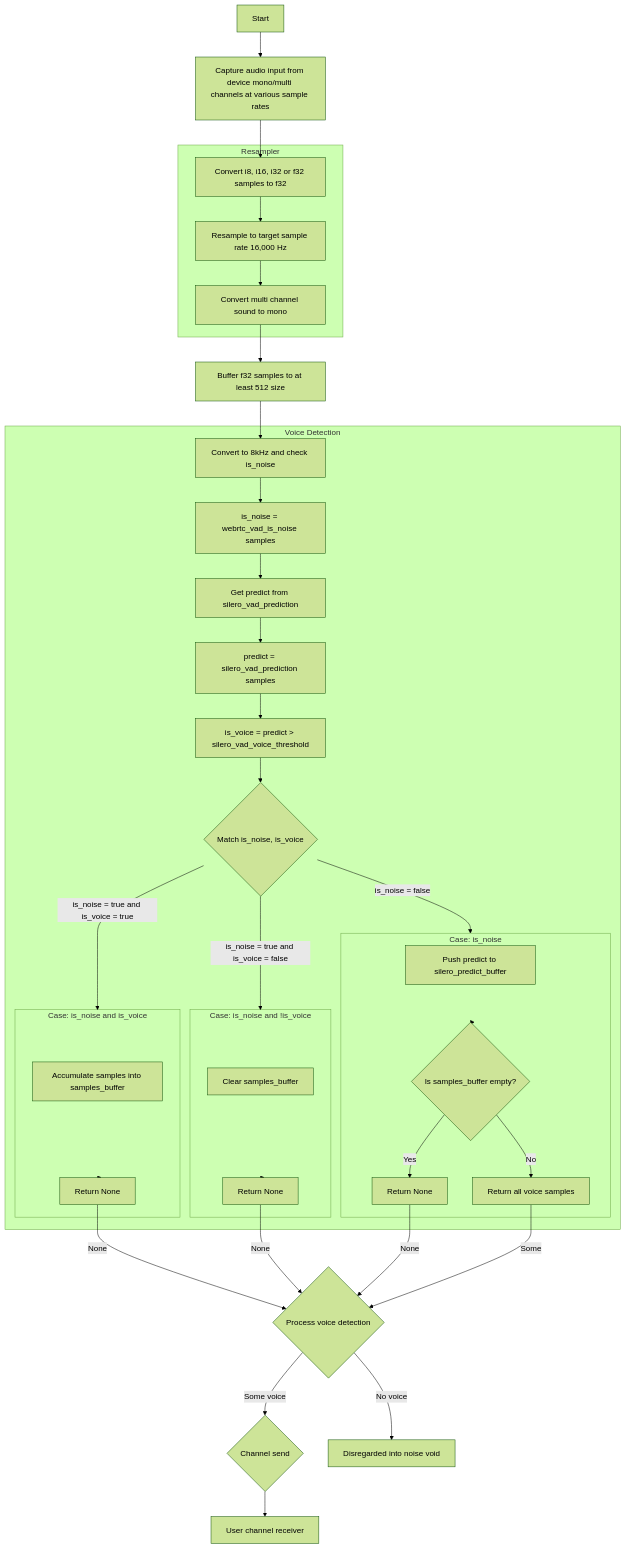
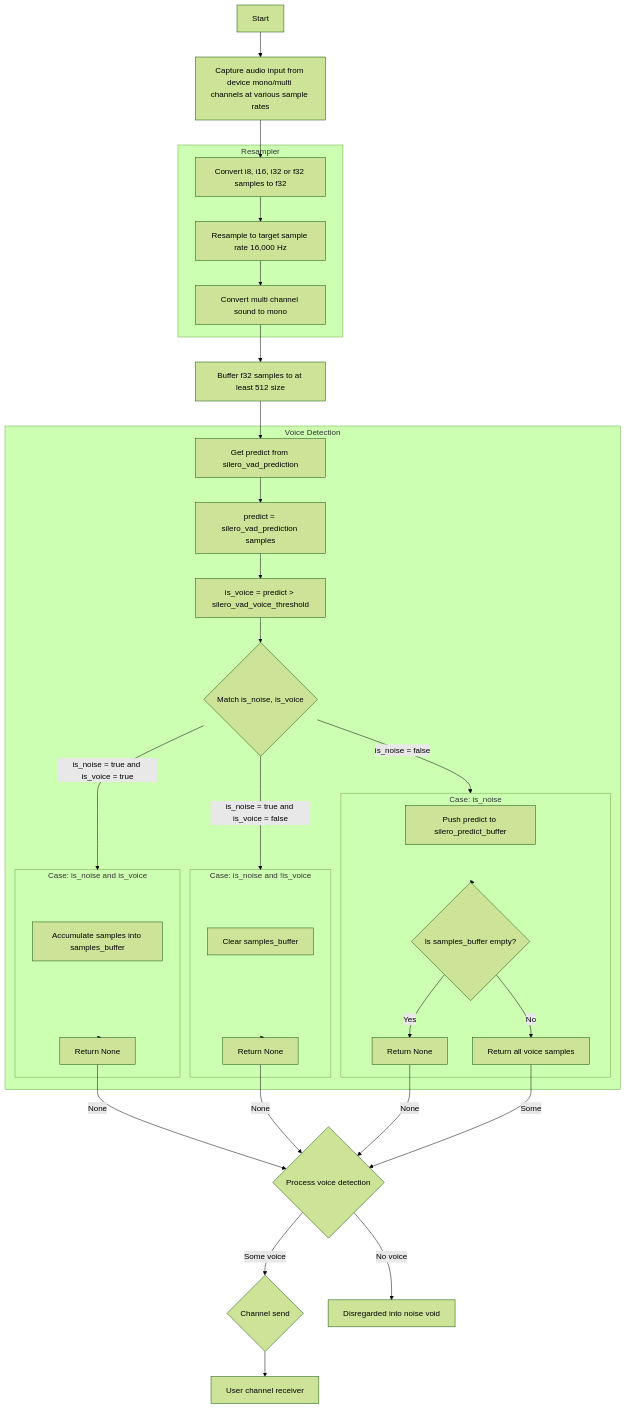
The diagram in voice-stream/README.md (voicekick/voicekick), drawn with Mermaid (forest theme) before and after one commit. The commit also changed other lines of this file and 9 other files, not shown here.

Commit message:
voice-stream: remove earshot, refactor resampler FastFixedIn, handle large and small samples in sound stream

````diff
--- a/voice-stream/README.md
+++ b/voice-stream/README.md
@@ -44,77 +43,75 @@
 ```mermaid
 flowchart TD
     Start --> Capture[Capture audio input from device mono/multi channels at various sample rates]
     Capture --> Convert
     IntoMono --> TakeBuffer[Buffer f32 samples to at least 512 size]
     TakeBuffer --> Step1[Split off samples buffer when >= 512]
 
     subgraph Resampler
         %% Nodes
         Convert[Convert i8, i16, i32 or f32 samples to f32]
         Resample[Resample to target sample rate 16,000 Hz]
         IntoMono[Convert multi channel sound to mono]
 
         %% Flow connections
         Convert --> Resample --> IntoMono
     end
 
     subgraph Voice Detection
         %% Nodes
-        Step1[Convert to 8kHz and check is_noise]
-        webrtc[is_noise = webrtc_vad_is_noise samples]
-        Step2[Get predict from silero_vad_prediction]
+        Step1[Get predict from silero_vad_prediction]
         silero[predict = silero_vad_prediction samples]
         is_voice[is_voice = predict > silero_vad_voice_threshold]
         Decision{Match is_noise, is_voice}
 
         %% Subgraphs for Each Case
         subgraph CaseTrueTrue ["Case: is_noise and is_voice"]
             ActionTT[Accumulate samples into samples_buffer]
             ReturnTT[Return None]
         end
 
         subgraph CaseTrueFalse ["Case: is_noise and !is_voice"]
             ActionTF[Clear samples_buffer]
             ReturnTF[Return None]
         end
 
         subgraph CaseFalse ["Case: is_noise"]
             ActionF[Push predict to silero_predict_buffer]
             BufferEmpty{Is samples_buffer empty?}
             ReturnNone[Return None]
             ReturnSamples[Return all voice samples]
         end
 
         %% Flow connections
-        Step1 --> webrtc --> Step2 --> silero --> is_voice --> Decision
+        Step1 --> silero --> is_voice --> Decision
 
         %% Decision branches
         Decision -->|is_noise = true and is_voice = true| CaseTrueTrue
         CaseTrueTrue --> ReturnTT
 
         Decision -->|is_noise = true and is_voice = false| CaseTrueFalse
         CaseTrueFalse --> ReturnTF
 
         Decision -->|is_noise = false| CaseFalse
         CaseFalse --> BufferEmpty
         BufferEmpty -->|Yes| ReturnNone
         BufferEmpty -->|No| ReturnSamples
     end
 
     %%Nodes
     ProcessVoiceDetectionSamples{Process voice detection}
     ChannelSendData{Channel send}
     NoiseDiscard[Disregarded into noise void]
     User[User channel receiver]
 
     ReturnNone -->|None| ProcessVoiceDetectionSamples
     ReturnTT -->|None| ProcessVoiceDetectionSamples
     ReturnTF -->|None| ProcessVoiceDetectionSamples
     ReturnSamples -->|Some| ProcessVoiceDetectionSamples
     ChannelSendData --> User
 
     %% ChannelSendData branches
     ProcessVoiceDetectionSamples -->|Some voice| ChannelSendData
 
     ProcessVoiceDetectionSamples -->|No voice| NoiseDiscard
 ```
````
